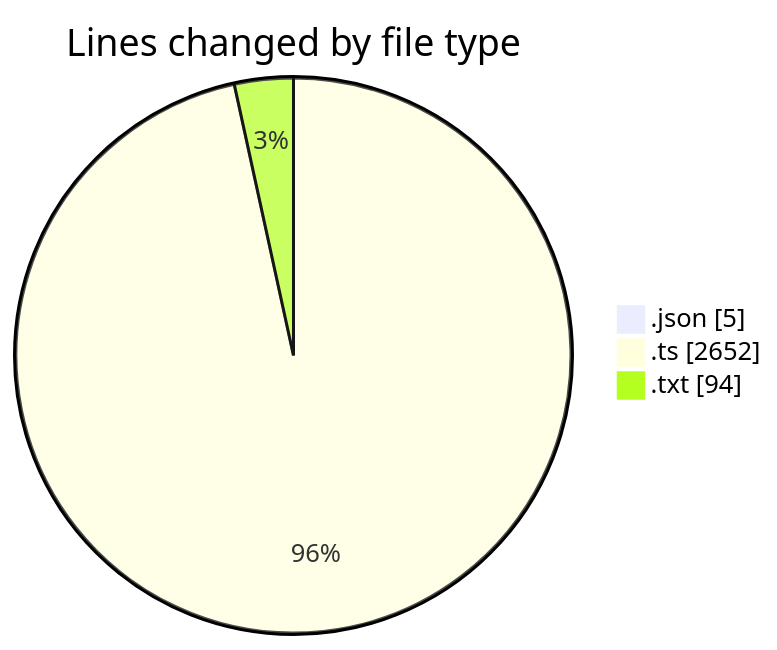
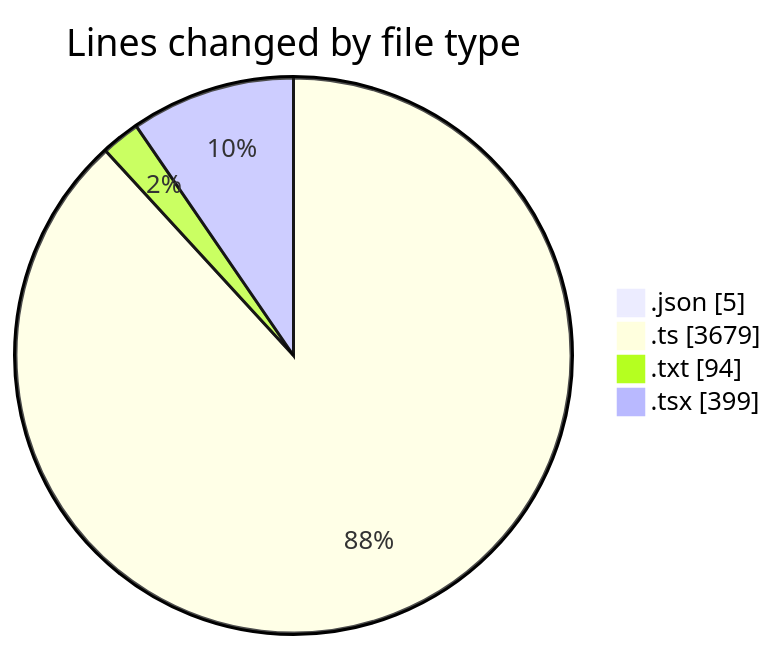
One commit to CELIANVF/code-tracking changed the first of 2 diagrams in 2025-05-27/ecodeli-1/README.md. Above: the diagram before and after it, drawn with Mermaid. The commit also changed other lines of this file and 1 other file, not shown here.

````diff
--- a/2025-05-27/ecodeli-1/README.md
+++ b/2025-05-27/ecodeli-1/README.md
@@ -24,7 +26,8 @@
 ```mermaid
 pie showData
 title Lines changed by file type
 ".json" : 5
-".ts" : 2652
+".ts" : 3679
 ".txt" : 94
+".tsx" : 399
 ```
````
